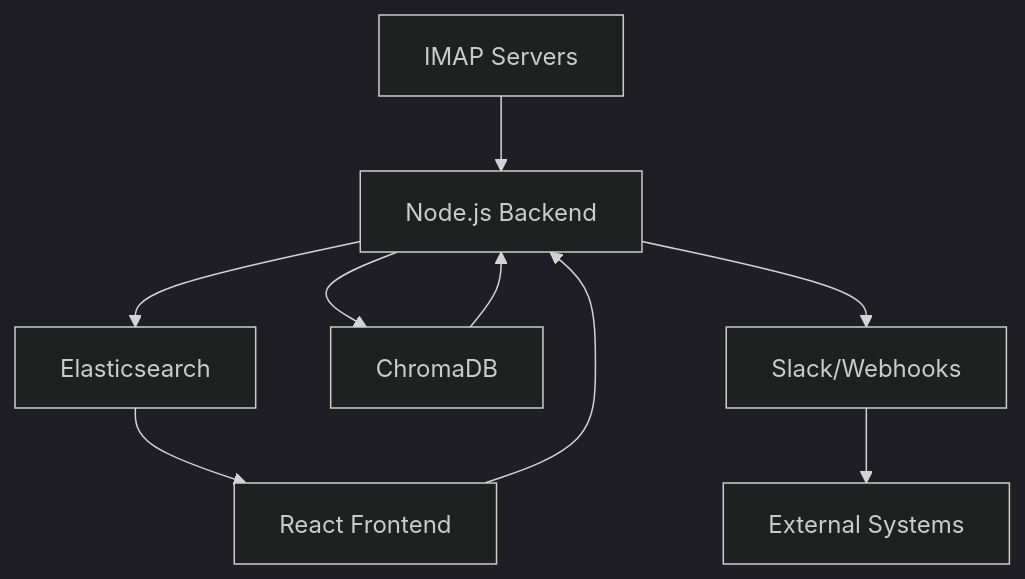
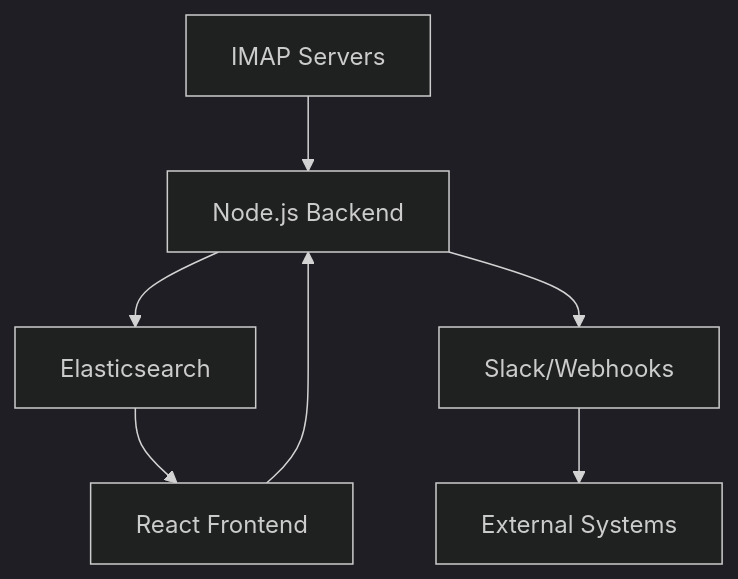
Before and after one commit to ayush-sharaf/onebox-aggregator: the diagram in Readme.md, drawn with Mermaid (dark theme). The commit also changed other lines of this file and 2 other files, not shown here.

First line of the commit message:
Correct ChromaDB/RAG claims to match implementation

````diff
--- a/Readme.md
+++ b/Readme.md
@@ -20,11 +19,9 @@
 ```mermaid
 graph TD
     A[IMAP Servers] --> B[Node.js Backend]
     B --> C[Elasticsearch]
-    B --> D[ChromaDB]
     B --> E[Slack/Webhooks]
     C --> F[React Frontend]
-    D --> B
     E --> G[External Systems]
     F --> B
 ```
````
